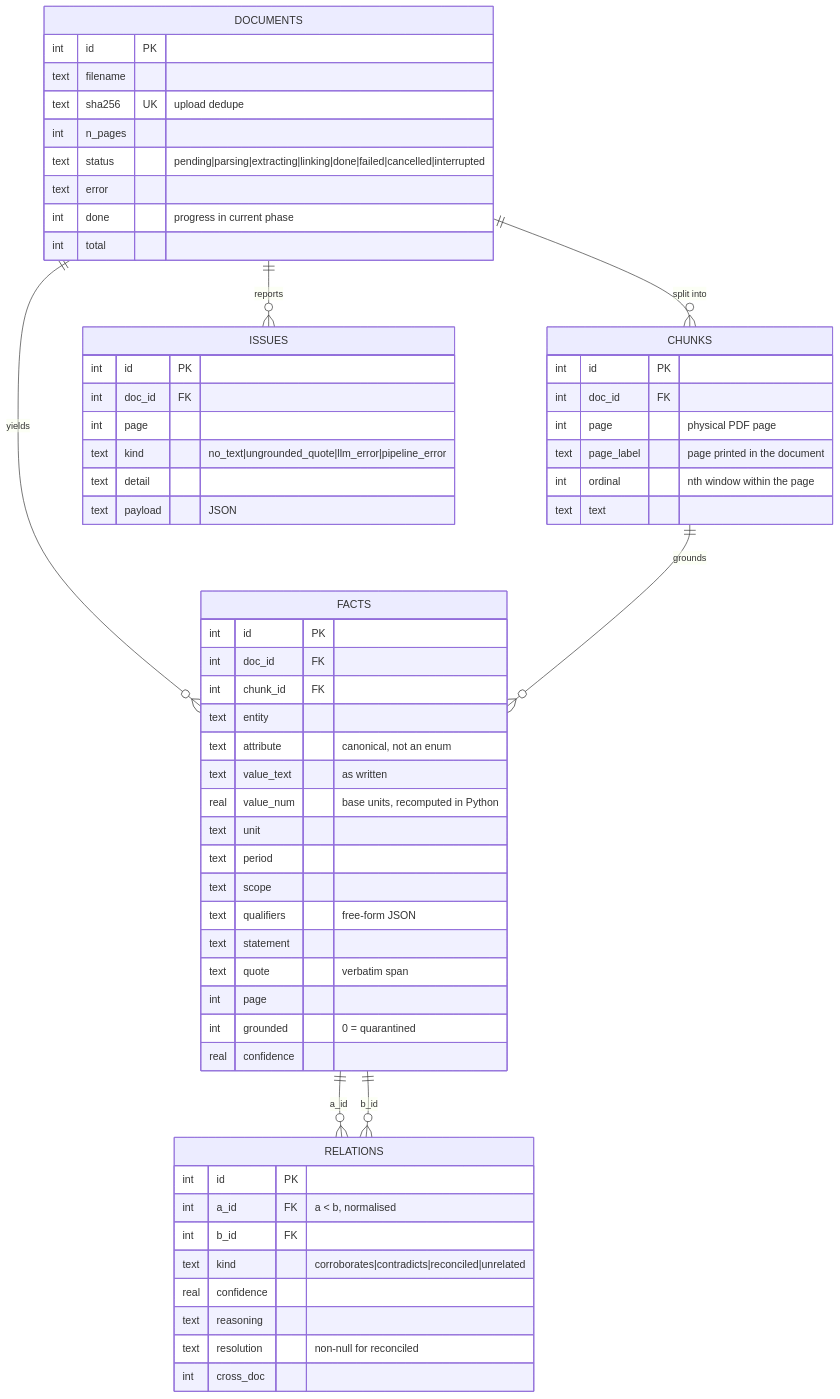
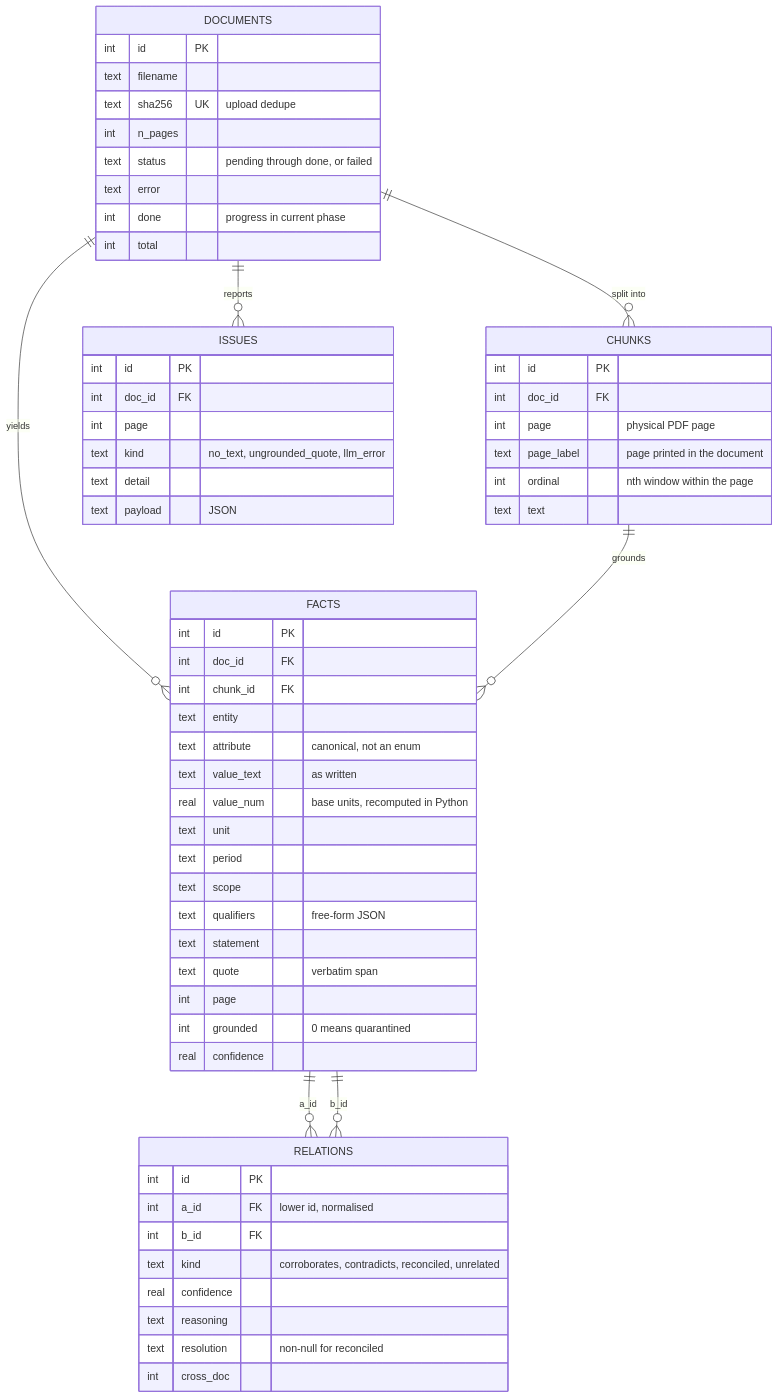
The first of 2 diagrams in docs/DATA-MODEL.md (ayushYadav1107/Nexus_layer), drawn with Mermaid before and after one commit. The commit also changed 1 other file, not shown here.

Commit message:
readme fixes

````diff
--- a/docs/DATA-MODEL.md
+++ b/docs/DATA-MODEL.md
@@ -10,64 +10,64 @@
 ```mermaid
 erDiagram
   DOCUMENTS ||--o{ CHUNKS : "split into"
   DOCUMENTS ||--o{ FACTS : "yields"
   DOCUMENTS ||--o{ ISSUES : "reports"
   CHUNKS    ||--o{ FACTS : "grounds"
   FACTS     ||--o{ RELATIONS : "a_id"
   FACTS     ||--o{ RELATIONS : "b_id"
 
   DOCUMENTS {
     int  id PK
     text filename
     text sha256 UK "upload dedupe"
     int  n_pages
-    text status "pending|parsing|extracting|linking|done|failed|cancelled|interrupted"
+    text status "pending through done, or failed"
     text error
     int  done "progress in current phase"
     int  total
   }
   CHUNKS {
     int  id PK
     int  doc_id FK
     int  page "physical PDF page"
     text page_label "page printed in the document"
     int  ordinal "nth window within the page"
     text text
   }
   FACTS {
     int   id PK
     int   doc_id FK
     int   chunk_id FK
     text  entity
     text  attribute "canonical, not an enum"
     text  value_text "as written"
     real  value_num "base units, recomputed in Python"
     text  unit
     text  period
     text  scope
     text  qualifiers "free-form JSON"
     text  statement
     text  quote "verbatim span"
     int   page
-    int   grounded "0 = quarantined"
+    int   grounded "0 means quarantined"
     real  confidence
   }
   RELATIONS {
     int  id PK
-    int  a_id FK "a < b, normalised"
+    int  a_id FK "lower id, normalised"
     int  b_id FK
-    text kind "corroborates|contradicts|reconciled|unrelated"
+    text kind "corroborates, contradicts, reconciled, unrelated"
     real confidence
     text reasoning
     text resolution "non-null for reconciled"
     int  cross_doc
   }
   ISSUES {
     int  id PK
     int  doc_id FK
     int  page
-    text kind "no_text|ungrounded_quote|llm_error|pipeline_error"
+    text kind "no_text, ungrounded_quote, llm_error"
     text detail
     text payload "JSON"
   }
 ```
````
